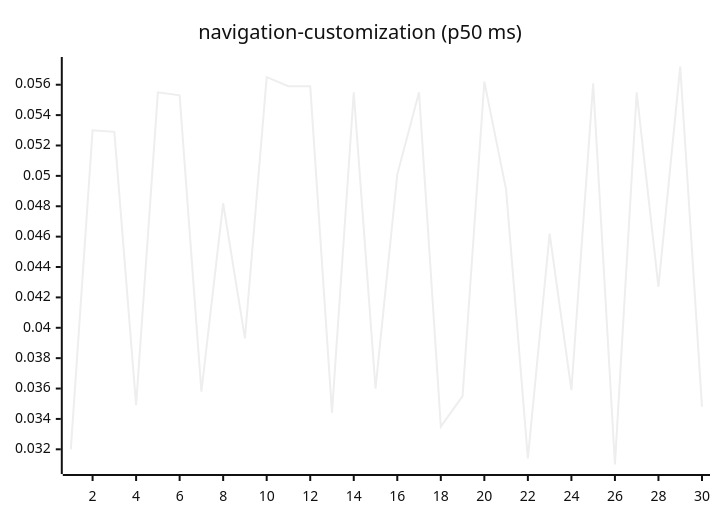
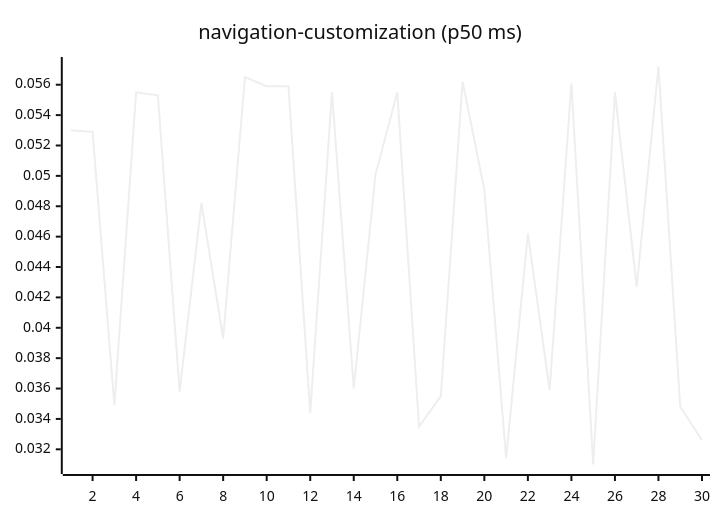
Before and after one commit to josha/Facet: diagram 15 of 27 in README.md, drawn with Mermaid (neutral theme). The commit also changed other lines of this file and 2 other files, not shown here.

````diff
--- a/README.md
+++ b/README.md
@@ -161,6 +161,6 @@
 ```mermaid
 xychart-beta
     title "navigation-customization (p50 ms)"
     x-axis 1 --> 30
-    line [0.0320, 0.0530, 0.0529, 0.0349, 0.0555, 0.0553, 0.0358, 0.0482, 0.0393, 0.0565, 0.0559, 0.0559, 0.0344, 0.0555, 0.0360, 0.0501, 0.0555, 0.0335, 0.0355, 0.0562, 0.0491, 0.0314, 0.0462, 0.0359, 0.0561, 0.0310, 0.0555, 0.0427, 0.0572, 0.0348]
+    line [0.0530, 0.0529, 0.0349, 0.0555, 0.0553, 0.0358, 0.0482, 0.0393, 0.0565, 0.0559, 0.0559, 0.0344, 0.0555, 0.0360, 0.0501, 0.0555, 0.0335, 0.0355, 0.0562, 0.0491, 0.0314, 0.0462, 0.0359, 0.0561, 0.0310, 0.0555, 0.0427, 0.0572, 0.0348, 0.0326]
 ```
````
